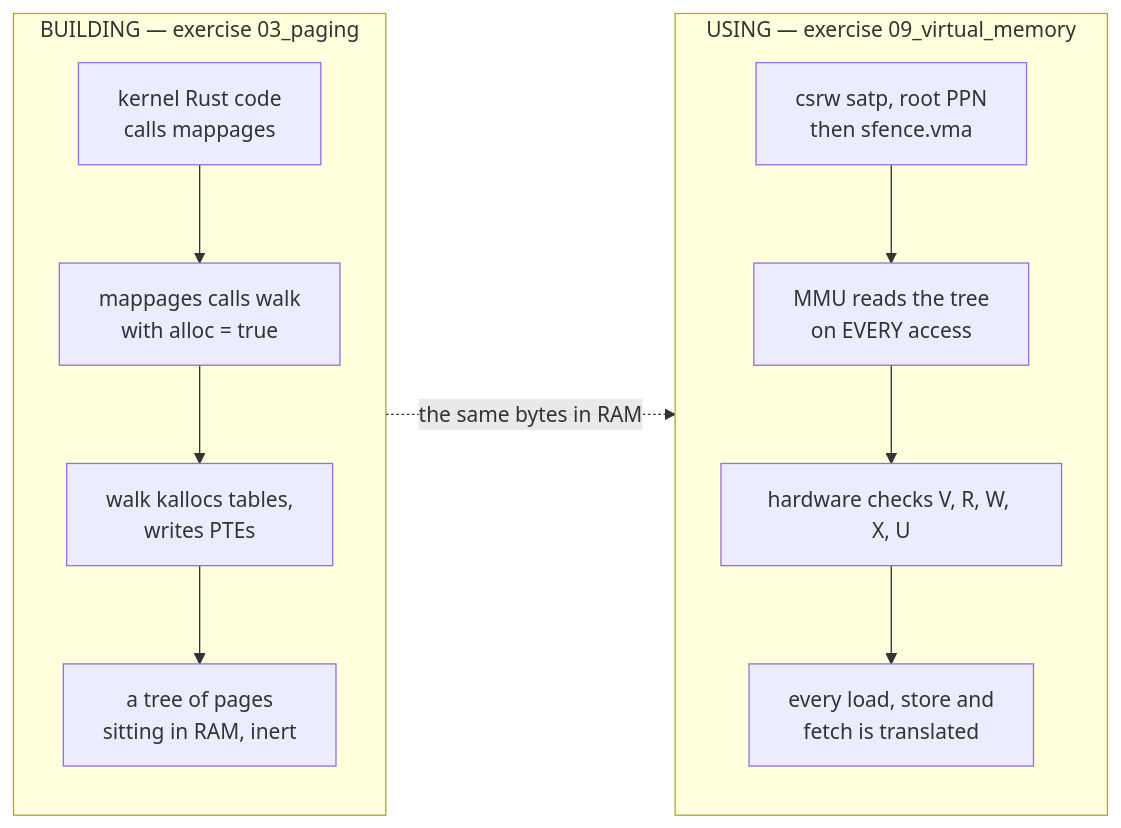
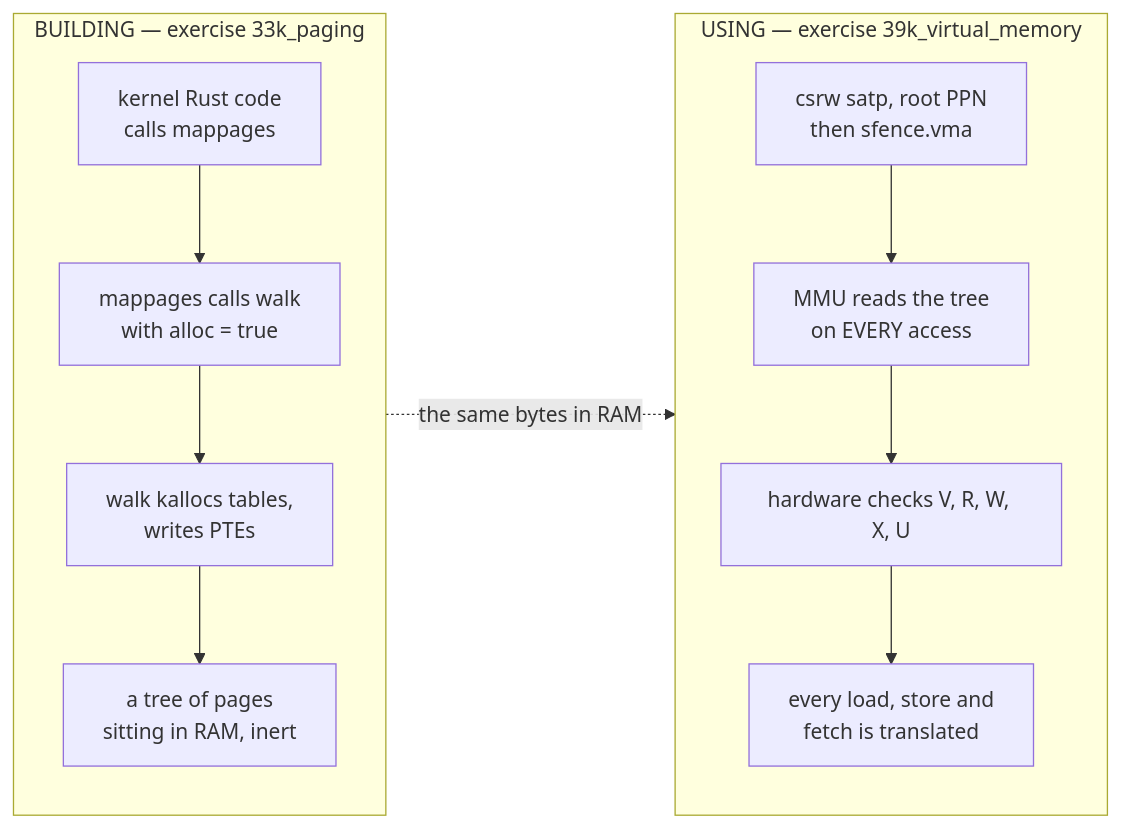
One commit to USF-CS326-F26/USF-CS326-F26.github.io changed the second of 2 diagrams in docs/lectures/06-cs326-2026-10-01-virtual-memory-i-sv39-page-tables.md. Above: the diagram before and after it, drawn with Mermaid. The commit also changed other lines of this file and 73 other files, not shown here.

````diff
--- a/docs/lectures/06-cs326-2026-10-01-virtual-memory-i-sv39-page-tables.md
+++ b/docs/lectures/06-cs326-2026-10-01-virtual-memory-i-sv39-page-tables.md
@@ -572,16 +572,16 @@
 ```mermaid
 flowchart LR
-    subgraph BUILD["BUILDING — exercise 03_paging"]
+    subgraph BUILD["BUILDING — exercise 33k_paging"]
         direction TB
         B1["kernel Rust code\ncalls mappages"] --> B2["mappages calls walk\nwith alloc = true"]
         B2 --> B3["walk kallocs tables,\nwrites PTEs"]
         B3 --> B4["a tree of pages\nsitting in RAM, inert"]
     end
-    subgraph USE["USING — exercise 09_virtual_memory"]
+    subgraph USE["USING — exercise 39k_virtual_memory"]
         direction TB
         U1["csrw satp, root PPN\nthen sfence.vma"] --> U2["MMU reads the tree\non EVERY access"]
         U2 --> U3["hardware checks V, R, W, X, U"]
         U3 --> U4["every load, store and\nfetch is translated"]
     end
     B4 -.->|"the same bytes in RAM"| U2
 ```
````
